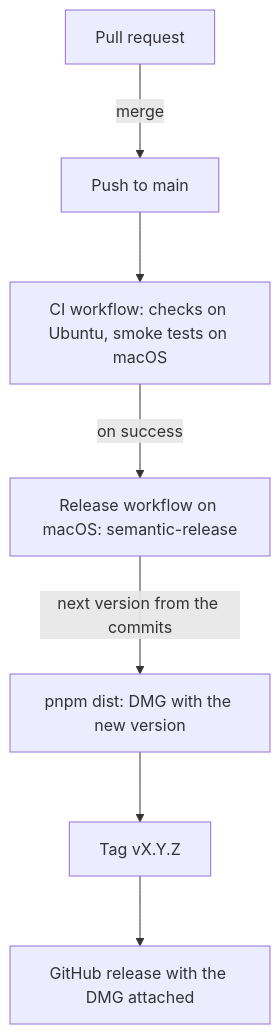
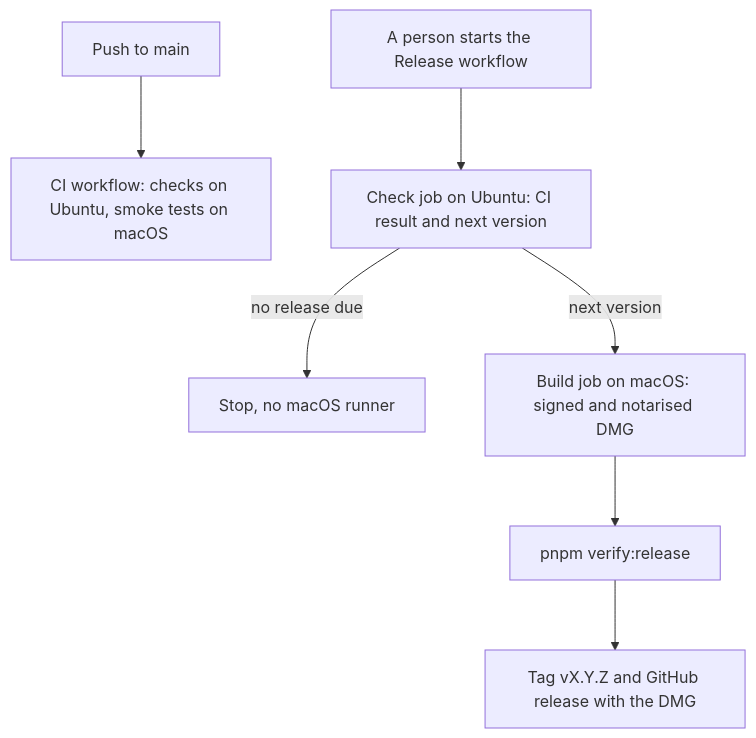
Before and after one commit to Keane54/bifrost: the diagram in README.md, drawn with Mermaid. The commit also changed other lines of this file and 6 other files, not shown here.

First line of the commit message:
ci(release): start each release by hand and sign the DMG

````diff
--- a/README.md
+++ b/README.md
@@ -117,10 +117,10 @@
 ```mermaid
 %%{init: {'flowchart': {'nodeSpacing': 60, 'rankSpacing': 70}}}%%
 flowchart TB
-    PR[Pull request] -->|merge| Main[Push to main]
-    Main --> CI[CI workflow: checks on Ubuntu, smoke tests on macOS]
-    CI -->|on success| Release[Release workflow on macOS: semantic-release]
-    Release -->|next version from the commits| Build[pnpm dist: DMG with the new version]
-    Build --> Tag[Tag vX.Y.Z]
-    Tag --> GitHub[GitHub release with the DMG attached]
+    Main[Push to main] --> CI[CI workflow: checks on Ubuntu, smoke tests on macOS]
+    Person[A person starts the Release workflow] --> Check[Check job on Ubuntu: CI result and next version]
+    Check -->|no release due| Stop[Stop, no macOS runner]
+    Check -->|next version| Build[Build job on macOS: signed and notarised DMG]
+    Build --> Verify[pnpm verify:release]
+    Verify --> GitHub[Tag vX.Y.Z and GitHub release with the DMG]
 ```
````
